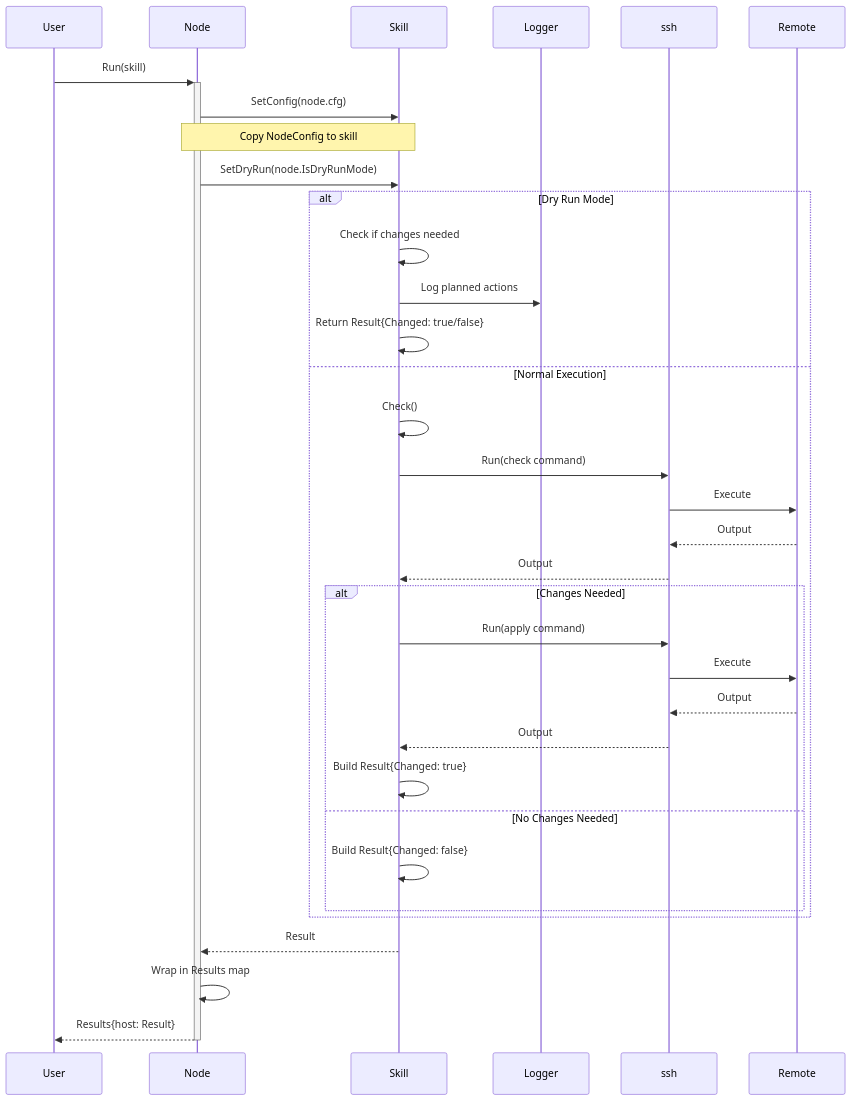
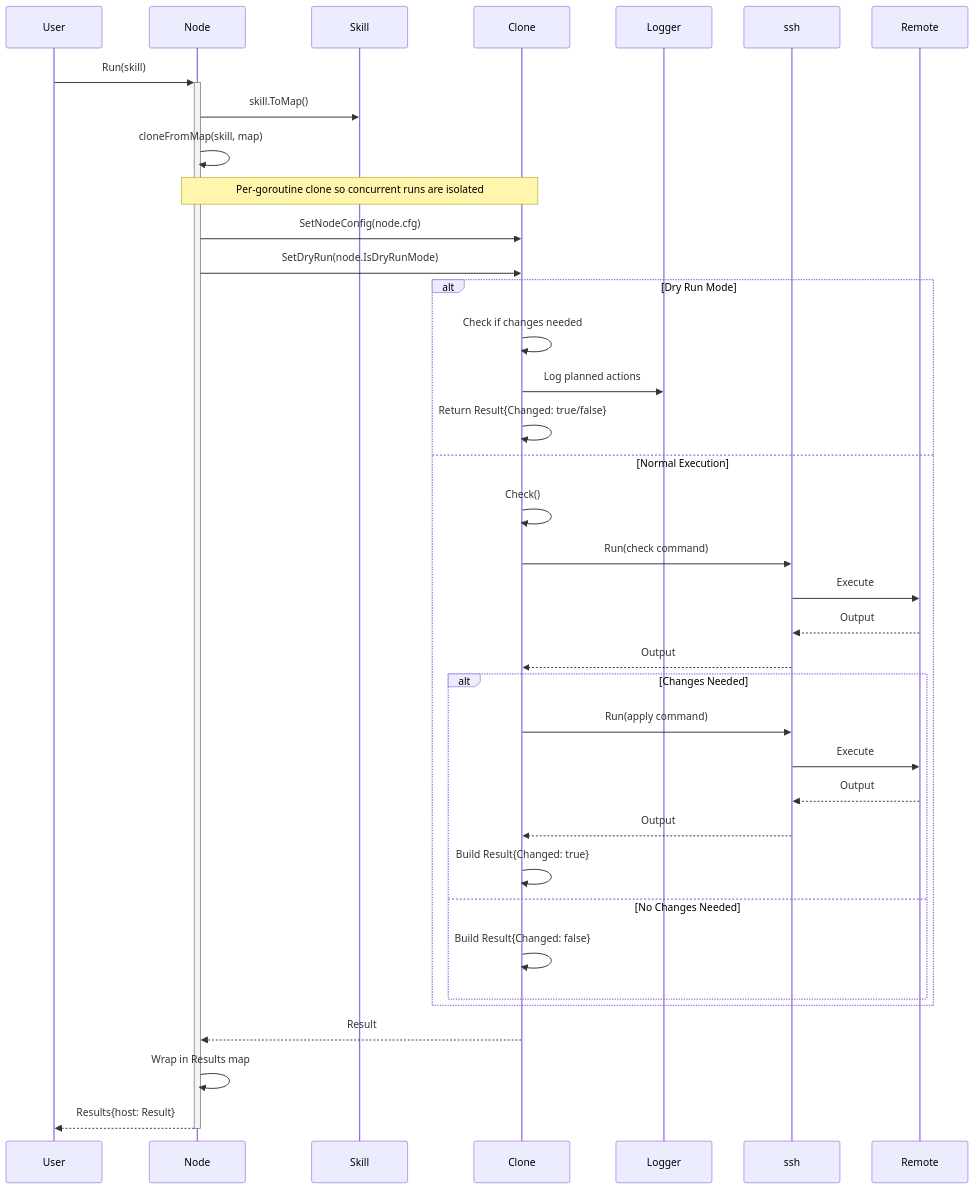
The fifth of 14 diagrams in docs/livewiki/data_flow.md (dracory/ork), drawn with Mermaid before and after one commit. The commit also changed other lines of this file and 17 other files, not shown here.

````diff
--- a/docs/livewiki/data_flow.md
+++ b/docs/livewiki/data_flow.md
@@ -126,35 +126,37 @@
 ```mermaid
 sequenceDiagram
     User->>+Node: Run(skill)
-    
-    Node->>Skill: SetConfig(node.cfg)
-    Note over Node,Skill: Copy NodeConfig to skill
-    
-    Node->>Skill: SetDryRun(node.IsDryRunMode)
-    
+
+    Node->>Skill: skill.ToMap()
+    Node->>Node: cloneFromMap(skill, map)
+    Note over Node,Clone: Per-goroutine clone so concurrent runs are isolated
+
+    Node->>Clone: SetNodeConfig(node.cfg)
+    Node->>Clone: SetDryRun(node.IsDryRunMode)
+
     alt Dry Run Mode
-        Skill->>Skill: Check if changes needed
-        Skill->>Logger: Log planned actions
-        Skill->>Skill: Return Result{Changed: true/false}
+        Clone->>Clone: Check if changes needed
+        Clone->>Logger: Log planned actions
+        Clone->>Clone: Return Result{Changed: true/false}
     else Normal Execution
-        Skill->>Skill: Check()
-        Skill->>ssh: Run(check command)
+        Clone->>Clone: Check()
+        Clone->>ssh: Run(check command)
         ssh->>Remote: Execute
         Remote-->>ssh: Output
-        ssh-->>Skill: Output
-        
+        ssh-->>Clone: Output
+
         alt Changes Needed
-            Skill->>ssh: Run(apply command)
+            Clone->>ssh: Run(apply command)
             ssh->>Remote: Execute
             Remote-->>ssh: Output
-            ssh-->>Skill: Output
-            Skill->>Skill: Build Result{Changed: true}
+            ssh-->>Clone: Output
+            Clone->>Clone: Build Result{Changed: true}
         else No Changes Needed
-            Skill->>Skill: Build Result{Changed: false}
+            Clone->>Clone: Build Result{Changed: false}
         end
     end
-    
-    Skill-->>Node: Result
+
+    Clone-->>Node: Result
     Node->>Node: Wrap in Results map
     Node-->>-User: Results{host: Result}
 ```
````
